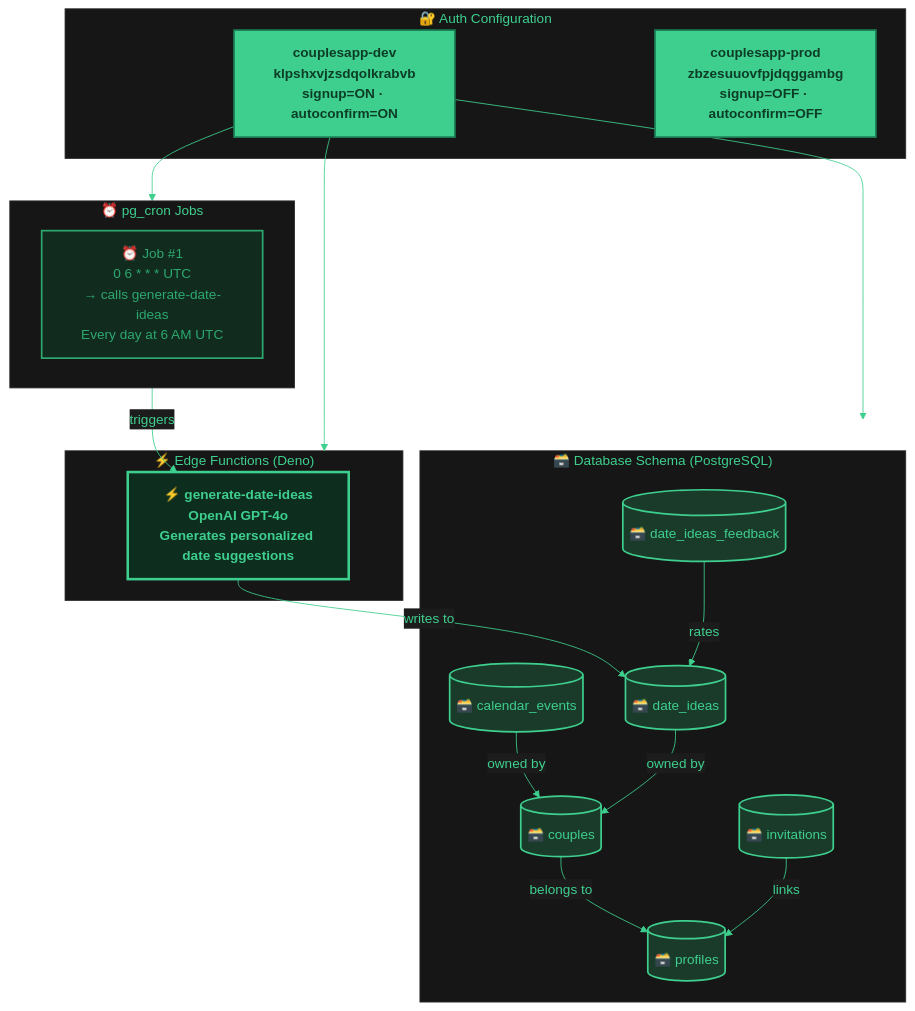
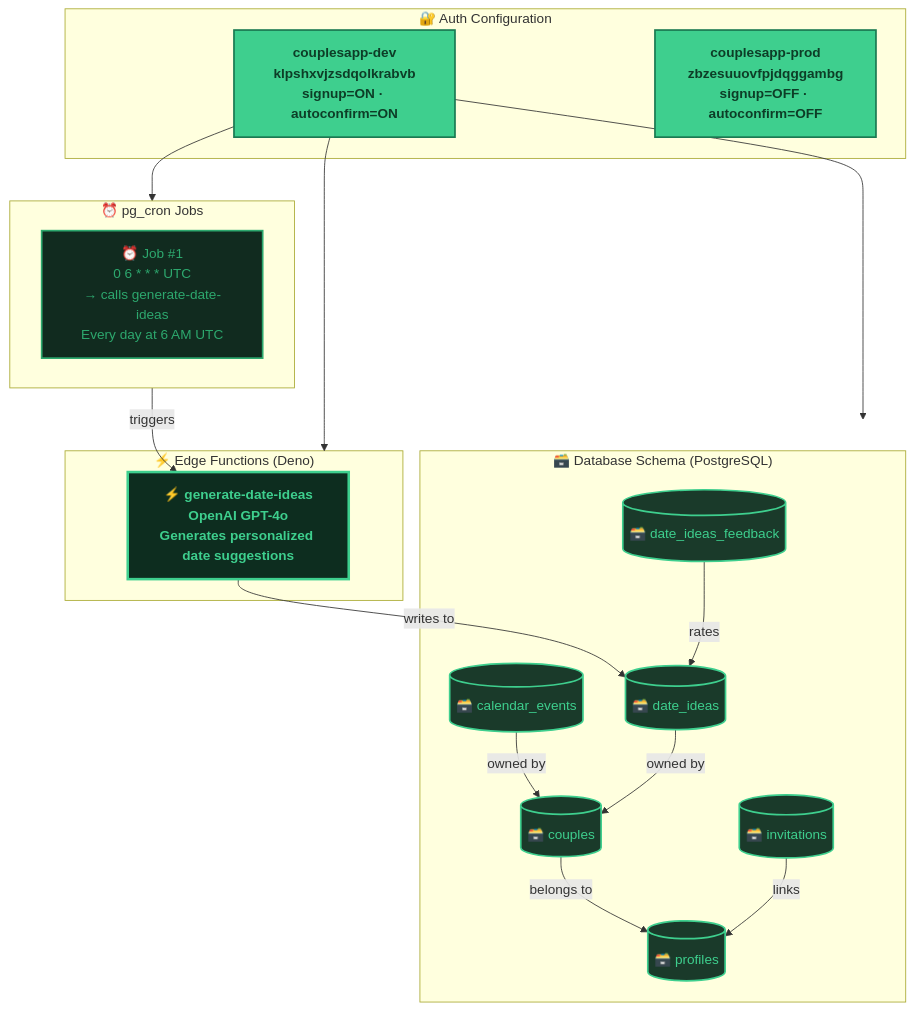
One commit to marcuss/nextasyapps-infra changed the third of 5 diagrams in README.md. Above: the diagram before and after it, drawn with Mermaid. The commit also changed other lines of this file, not shown here.

Commit message:
fix: remove %%{init}%% Mermaid theme blocks (break GitHub rendering) + update prod diagram

````diff
--- a/README.md
+++ b/README.md
@@ -118,46 +116,45 @@
 ```mermaid
-%%{init: {'theme': 'base', 'themeVariables': {'primaryColor': '#1C1C1C', 'primaryTextColor': '#3ECF8E', 'primaryBorderColor': '#3ECF8E', 'lineColor': '#3ECF8E', 'secondaryColor': '#161616', 'tertiaryColor': '#1a1a1a', 'background': '#1C1C1C', 'edgeLabelBackground': '#1C1C1C', 'clusterBkg': '#161616', 'clusterBorder': '#2a2a2a', 'fontFamily': 'ui-monospace, monospace', 'titleColor': '#3ECF8E'}}}%%
 graph TB
     subgraph AUTH["🔐 Auth Configuration"]
         DEV_AUTH["couplesapp-dev\nklpshxvjzsdqolkrabvb\nsignup=ON · autoconfirm=ON"]
         PROD_AUTH["couplesapp-prod\nzbzesuuovfpjdqggambg\nsignup=OFF · autoconfirm=OFF"]
     end
 
     subgraph SCHEMA["🗃️ Database Schema (PostgreSQL)"]
         T1[("🗃️ profiles")]
         T2[("🗃️ couples")]
         T3[("🗃️ invitations")]
         T4[("🗃️ calendar_events")]
         T5[("🗃️ date_ideas")]
         T6[("🗃️ date_ideas_feedback")]
         T2 -->|belongs to| T1
         T3 -->|links| T1
         T4 -->|owned by| T2
         T5 -->|owned by| T2
         T6 -->|rates| T5
     end
 
     subgraph FUNCTIONS["⚡ Edge Functions (Deno)"]
         EF1["⚡ generate-date-ideas\nOpenAI GPT-4o\nGenerates personalized date suggestions"]
     end
 
     subgraph CRONS["⏰ pg_cron Jobs"]
         CRON1["⏰ Job #1\n0 6 * * * UTC\n→ calls generate-date-ideas\nEvery day at 6 AM UTC"]
     end
 
     DEV_AUTH --> SCHEMA
     DEV_AUTH --> FUNCTIONS
     DEV_AUTH --> CRONS
     CRONS -->|"triggers"| EF1
     EF1 -->|"writes to"| T5
 
     classDef authNode fill:#3ECF8E,stroke:#1a7a52,stroke-width:2px,color:#0d3d27,font-weight:bold
     classDef table fill:#1a3a2a,stroke:#3ECF8E,stroke-width:2px,color:#3ECF8E
     classDef fn fill:#0d2d1f,stroke:#3ECF8E,stroke-width:3px,color:#3ECF8E,font-weight:bold
     classDef cron fill:#112b1f,stroke:#2da86e,stroke-width:2px,color:#2da86e
 
     class DEV_AUTH,PROD_AUTH authNode
     class T1,T2,T3,T4,T5,T6 table
     class EF1 fn
     class CRON1 cron
 ```
````
